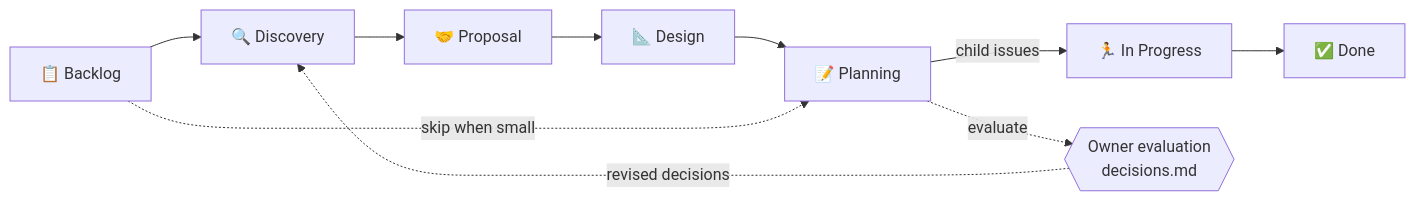
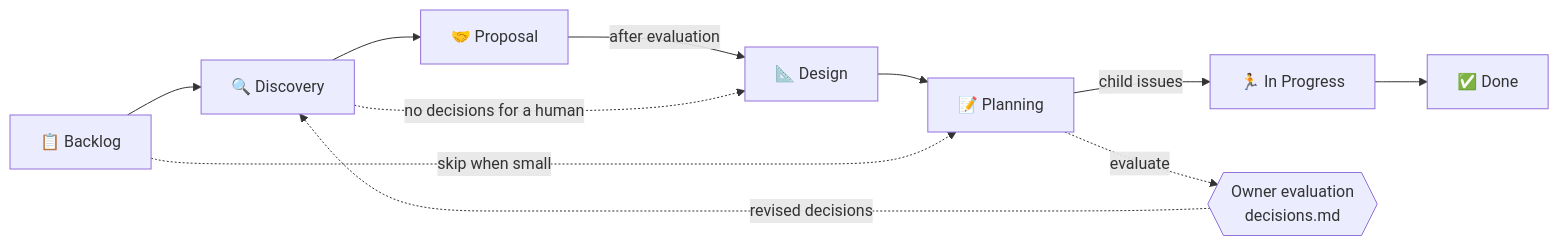
The second of 2 diagrams in README.en.md (JongWoong88/workbench-engine), drawn with Mermaid before and after one commit. The commit also changed other lines of this file and 9 other files, not shown here.

````diff
--- a/README.en.md
+++ b/README.en.md
@@ -107,12 +107,13 @@
 ```mermaid
 flowchart LR
   B[📋 Backlog] --> D[🔍 Discovery]
   D --> P[🤝 Proposal]
-  P --> S[📐 Design]
+  P -->|after evaluation| S[📐 Design]
+  D -. no decisions for a human .-> S
   S --> L[📝 Planning]
   B -. skip when small .-> L
   L -->|child issues| I[🏃 In Progress]
   I --> X[✅ Done]
   L -. evaluate .-> E{{Owner evaluation<br>decisions.md}}
   E -. revised decisions .-> D
 ```
````
